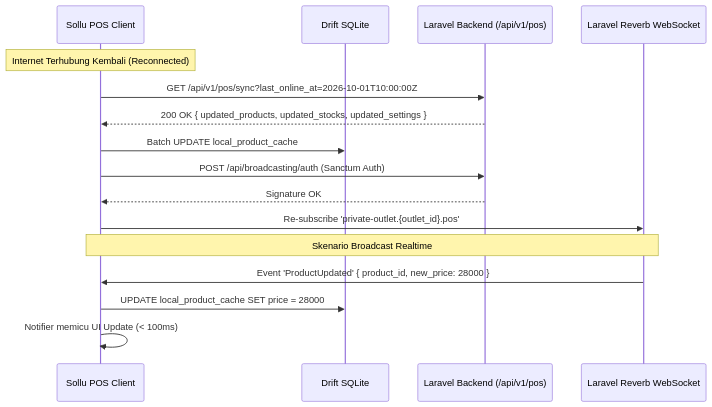
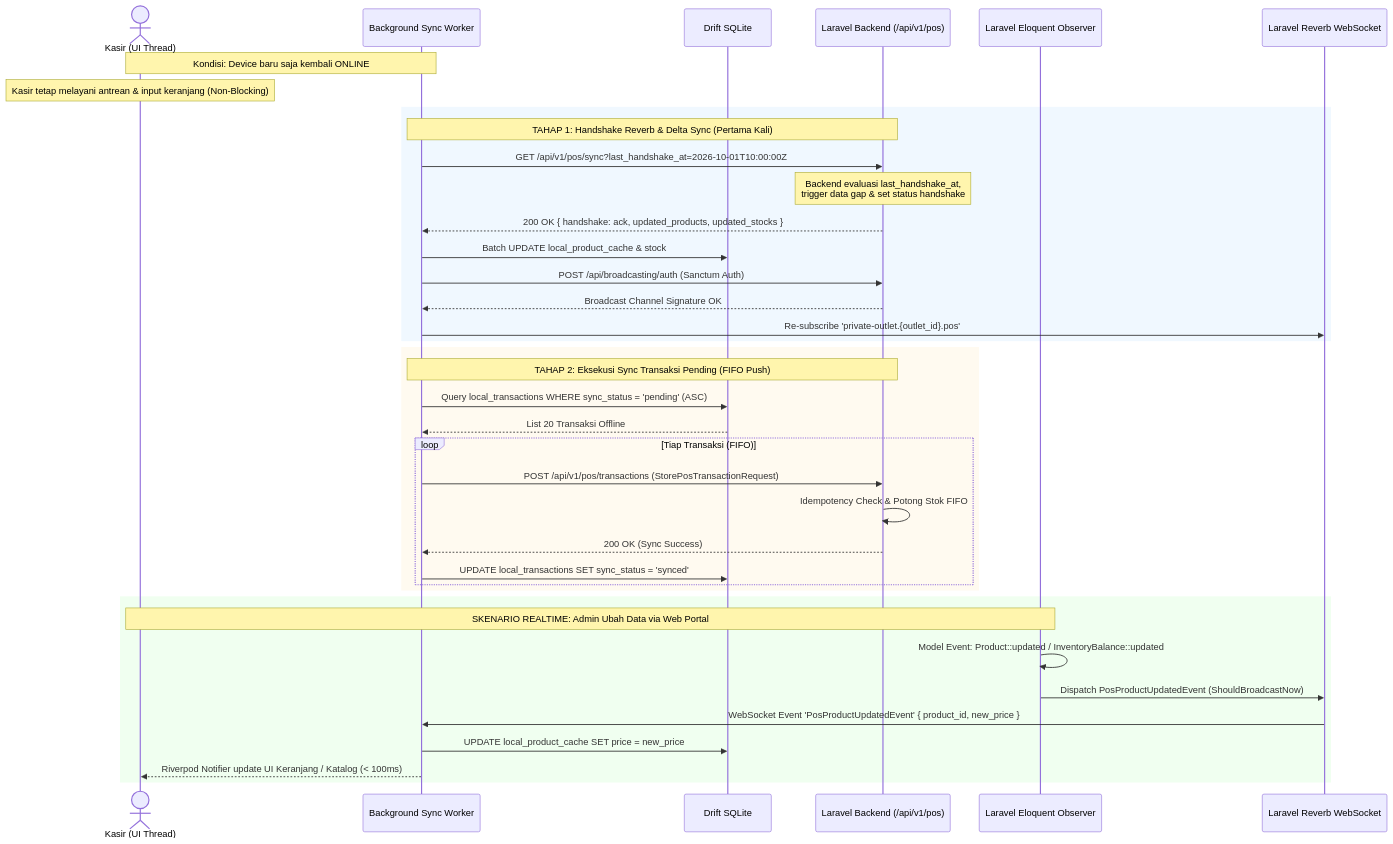
The second of 2 diagrams in prd/PRD Transaksi - Channel POS V1.3 Core Fast Checkout, Hold-Resume, Delta Sync & Realtime Stream.md (whykrr/sollu-app), drawn with Mermaid before and after one commit. The commit also changed other lines of this file and 6 other files, not shown here.

Commit message:
Enhance V1.3 Core Fast Checkout: Implement reconnection handshake and delta sync mechanism, ensuring non-blocking background processing for transaction push. Add comprehensive tests for transaction synchronization, idempotency, and master data retrieval with permission checks.

````diff
--- a/prd/PRD Transaksi - Channel POS V1.3 Core Fast Checkout, Hold-Resume, Delta Sync & Realtime Stream.md
+++ b/prd/PRD Transaksi - Channel POS V1.3 Core Fast Checkout, Hold-Resume, Delta Sync & Realtime Stream.md
@@ -126,20 +164,44 @@
 ```mermaid
 sequenceDiagram
-    participant POS as Sollu POS Client
+    actor Cashier as Kasir (UI Thread)
+    participant Worker as Background Sync Worker
     participant LocalDB as Drift SQLite
     participant API as Laravel Backend (/api/v1/pos)
+    participant Observer as Laravel Eloquent Observer
     participant Reverb as Laravel Reverb WebSocket
 
-    Note over POS: Internet Terhubung Kembali (Reconnected)
-    POS->>API: GET /api/v1/pos/sync?last_online_at=2026-10-01T10:00:00Z
-    API-->>POS: 200 OK { updated_products, updated_stocks, updated_settings }
-    POS->>LocalDB: Batch UPDATE local_product_cache
-    POS->>API: POST /api/broadcasting/auth (Sanctum Auth)
-    API-->>POS: Signature OK
-    POS->>Reverb: Re-subscribe 'private-outlet.{outlet_id}.pos'
+    Note over Cashier,Worker: Kondisi: Device baru saja kembali ONLINE
+    Note over Cashier: Kasir tetap melayani antrean & input keranjang (Non-Blocking)
 
-    Note over POS,Reverb: Skenario Broadcast Realtime
-    Reverb->>POS: Event 'ProductUpdated' { product_id, new_price: 28000 }
-    POS->>LocalDB: UPDATE local_product_cache SET price = 28000
-    POS->>POS: Notifier memicu UI Update (< 100ms)
+    rect rgb(240, 248, 255)
+    Note over Worker,API: TAHAP 1: Handshake Reverb & Delta Sync (Pertama Kali)
+    Worker->>API: GET /api/v1/pos/sync?last_handshake_at=2026-10-01T10:00:00Z
+    Note over API: Backend evaluasi last_handshake_at,<br/>trigger data gap & set status handshake
+    API-->>Worker: 200 OK { handshake: ack, updated_products, updated_stocks }
+    Worker->>LocalDB: Batch UPDATE local_product_cache & stock
+    Worker->>API: POST /api/broadcasting/auth (Sanctum Auth)
+    API-->>Worker: Broadcast Channel Signature OK
+    Worker->>Reverb: Re-subscribe 'private-outlet.{outlet_id}.pos'
+    end
+
+    rect rgb(255, 250, 240)
+    Note over Worker,API: TAHAP 2: Eksekusi Sync Transaksi Pending (FIFO Push)
+    Worker->>LocalDB: Query local_transactions WHERE sync_status = 'pending' (ASC)
+    LocalDB-->>Worker: List 20 Transaksi Offline
+    loop Tiap Transaksi (FIFO)
+        Worker->>API: POST /api/v1/pos/transactions (StorePosTransactionRequest)
+        API->>API: Idempotency Check & Potong Stok FIFO
+        API-->>Worker: 200 OK (Sync Success)
+        Worker->>LocalDB: UPDATE local_transactions SET sync_status = 'synced'
+    end
+    end
+
+    rect rgb(240, 255, 240)
+    Note over Observer,Cashier: SKENARIO REALTIME: Admin Ubah Data via Web Portal
+    Observer->>Observer: Model Event: Product::updated / InventoryBalance::updated
+    Observer->>Reverb: Dispatch PosProductUpdatedEvent (ShouldBroadcastNow)
+    Reverb->>Worker: WebSocket Event 'PosProductUpdatedEvent' { product_id, new_price }
+    Worker->>LocalDB: UPDATE local_product_cache SET price = new_price
+    Worker-->>Cashier: Riverpod Notifier update UI Keranjang / Katalog (< 100ms)
+    end
 ```
````
